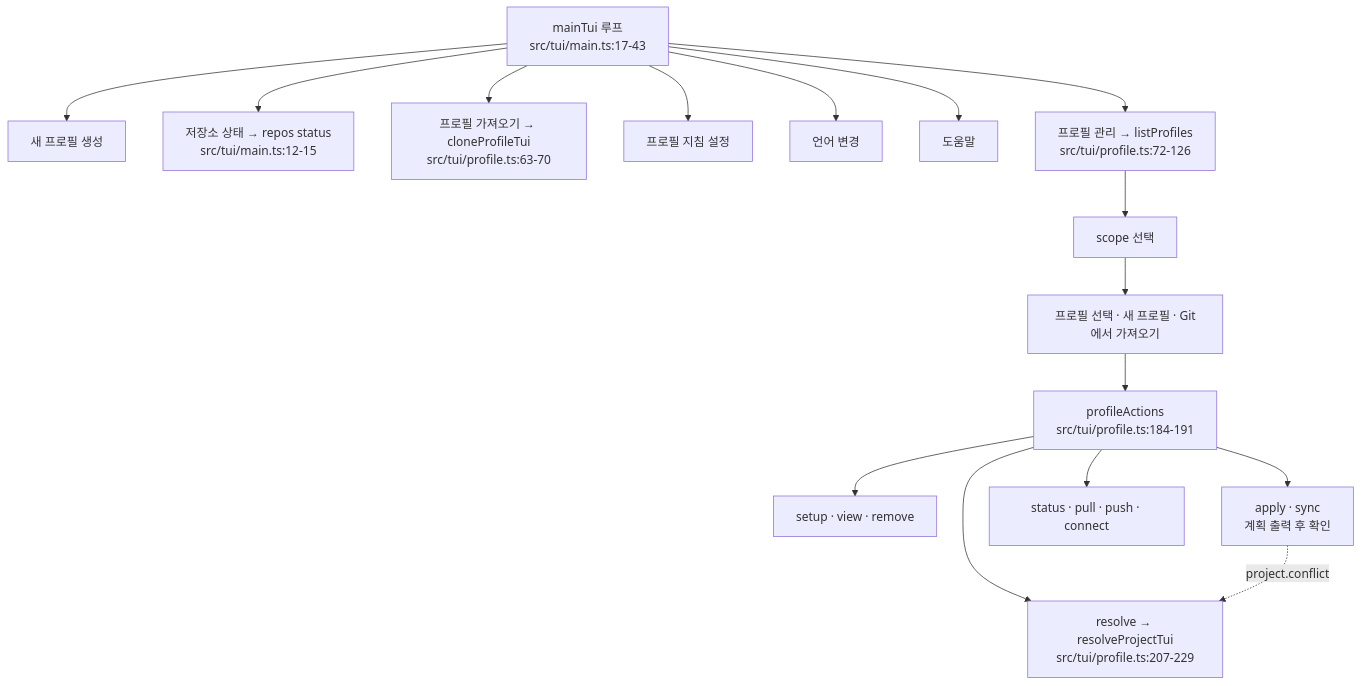
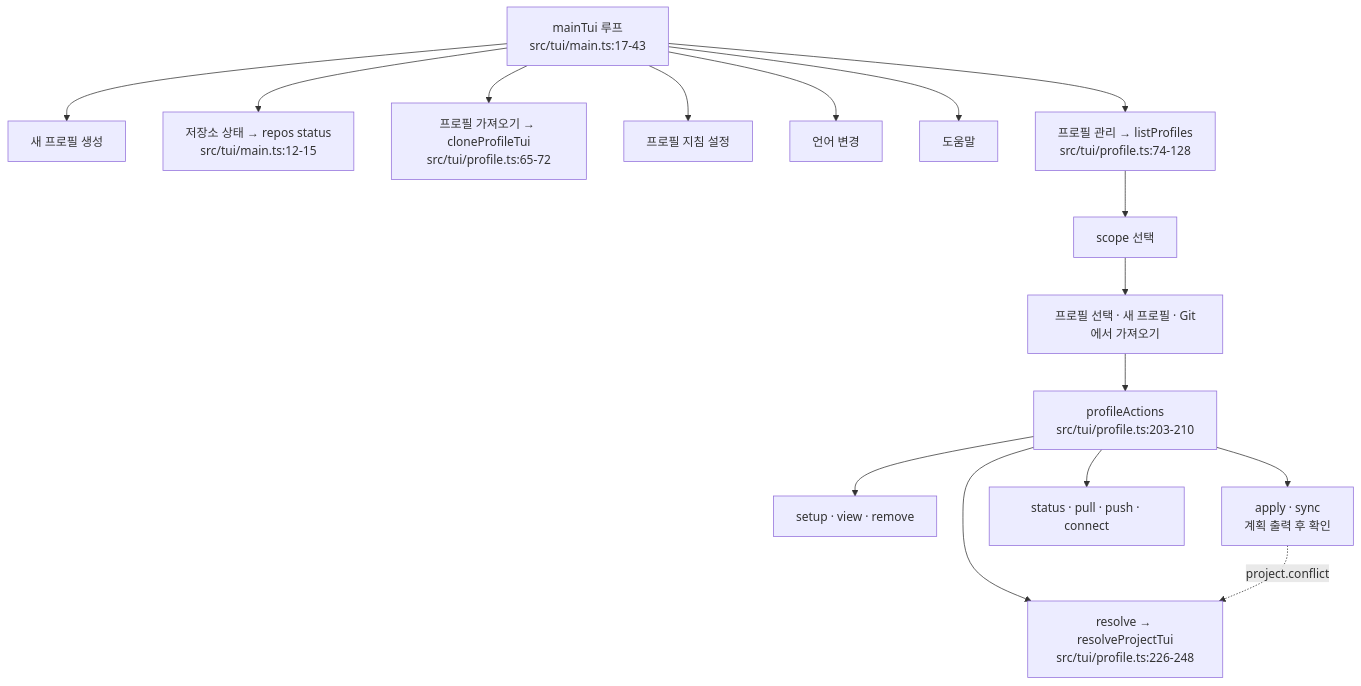
The seventh of 16 diagrams in docs/contributing/implementation-mechanics.md (IsthisLee/agent-context-manager), drawn with Mermaid before and after one commit. The commit also changed other lines of this file and 18 other files, not shown here.

First line of the commit message:
feat: TUI 적용에서 Git 프로필 커밋에 고정할지 묻는다

````diff
--- a/docs/contributing/implementation-mechanics.md
+++ b/docs/contributing/implementation-mechanics.md
@@ -412,18 +412,18 @@
 ```mermaid
 flowchart TD
   M["mainTui 루프<br/>src/tui/main.ts:17-43"] --> C1["새 프로필 생성"]
   M --> RS["저장소 상태 → repos status<br/>src/tui/main.ts:12-15"]
-  M --> CL["프로필 가져오기 → cloneProfileTui<br/>src/tui/profile.ts:63-70"]
+  M --> CL["프로필 가져오기 → cloneProfileTui<br/>src/tui/profile.ts:65-72"]
   M --> C2["프로필 지침 설정"]
   M --> C3["언어 변경"]
   M --> C4["도움말"]
-  M --> MG["프로필 관리 → listProfiles<br/>src/tui/profile.ts:72-126"]
+  M --> MG["프로필 관리 → listProfiles<br/>src/tui/profile.ts:74-128"]
   MG --> SC["scope 선택"]
   SC --> SEL["프로필 선택 · 새 프로필 · Git에서 가져오기"]
-  SEL --> ACT["profileActions<br/>src/tui/profile.ts:184-191"]
+  SEL --> ACT["profileActions<br/>src/tui/profile.ts:203-210"]
   ACT --> A1["setup · view · remove"]
   ACT --> A2["apply · sync<br/>계획 출력 후 확인"]
   ACT --> A4["status · pull · push · connect"]
-  ACT --> A3["resolve → resolveProjectTui<br/>src/tui/profile.ts:207-229"]
+  ACT --> A3["resolve → resolveProjectTui<br/>src/tui/profile.ts:226-248"]
   A2 -.->|"project.conflict"| A3
 ```
````
